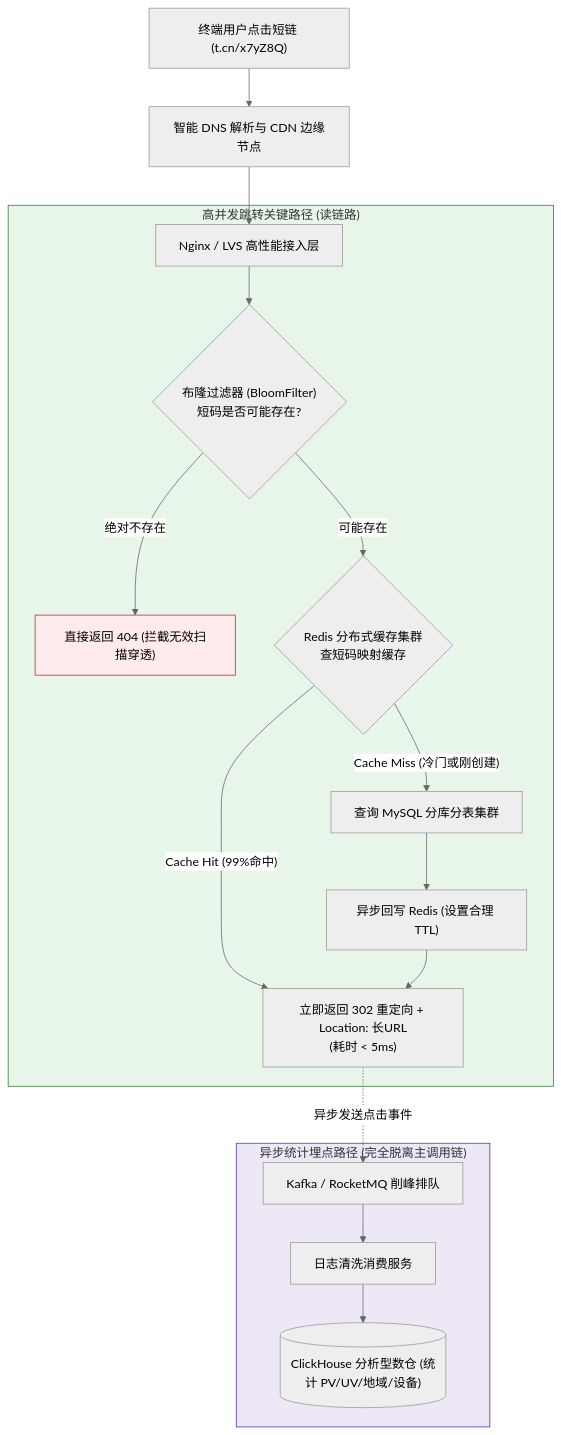
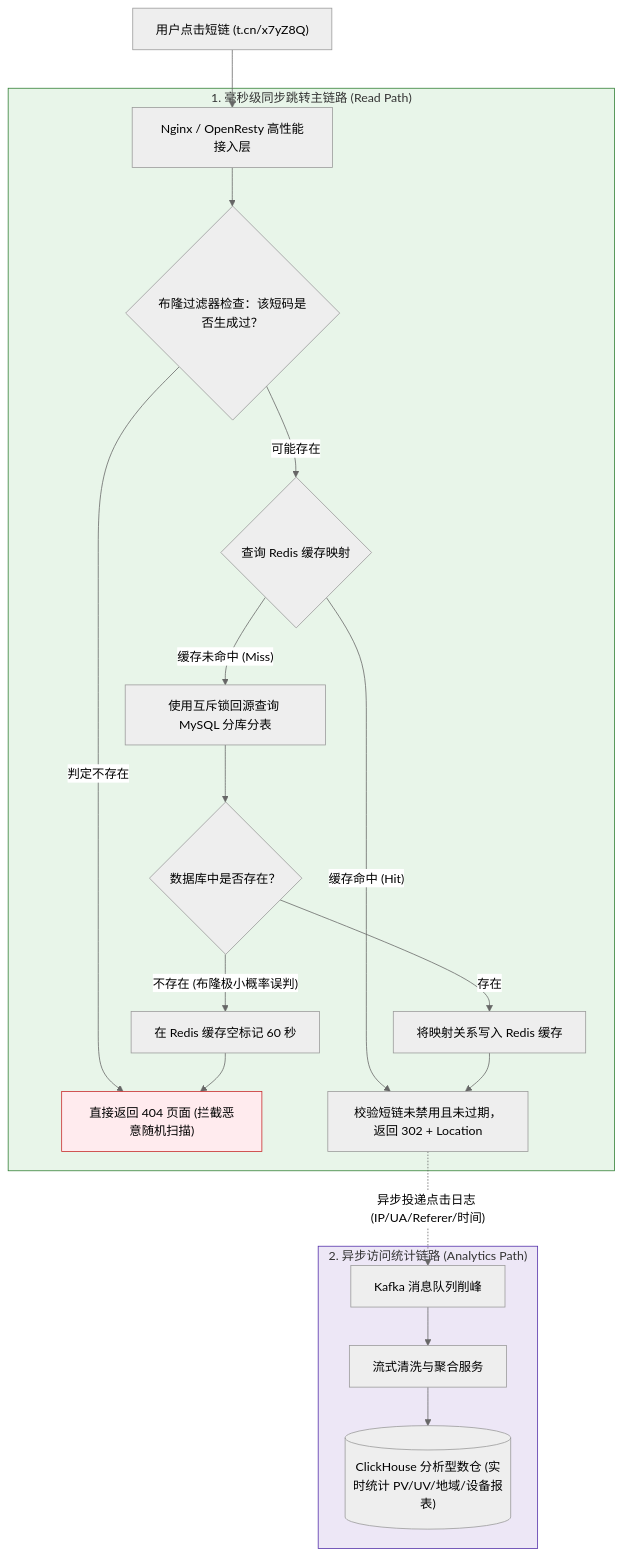
One commit to GuoWWWX/knowledge-base changed the third of 3 diagrams in 20-Java后端/08-系统设计/05-短链系统设计.md. Above: the diagram before and after it, drawn with Mermaid (neutral theme). The commit also changed other lines of this file and 251 other files, not shown here.

````diff
--- a/20-Java后端/08-系统设计/05-短链系统设计.md
+++ b/20-Java后端/08-系统设计/05-短链系统设计.md
@@ -160,25 +187,27 @@
 ```mermaid
 flowchart TD
-    User["终端用户点击短链 (t.cn/x7yZ8Q)"] --> DNS["智能 DNS 解析与 CDN 边缘节点"]
-    DNS --> Nginx["Nginx / LVS 高性能接入层"]
-    
-    subgraph ReadPath["高并发跳转关键路径 (读链路)"]
-        Nginx --> Filter{"布隆过滤器 (BloomFilter)<br/>短码是否可能存在?"}
-        Filter -->|绝对不存在| Return404["直接返回 404 (拦截无效扫描穿透)"]
-        Filter -->|可能存在| RedisCache{"Redis 分布式缓存集群<br/>查短码映射缓存"}
-        RedisCache -->|"Cache Hit (99%命中)"| Found302["立即返回 302 重定向 + Location: 长URL<br/>(耗时 < 5ms)"]
-        RedisCache -->|"Cache Miss (冷门或刚创建)"| DB["查询 MySQL 分库分表集群"]
-        DB --> WriteBack["异步回写 Redis (设置合理 TTL)"]
-        WriteBack --> Found302
+    User["用户点击短链 (t.cn/x7yZ8Q)"] --> Nginx["Nginx / OpenResty 高性能接入层"]
+
+    subgraph ReadPath["1. 毫秒级同步跳转主链路 (Read Path)"]
+        Nginx --> Bloom{"布隆过滤器检查：该短码是否生成过？"}
+        Bloom -->|"判定不存在"| Return404["直接返回 404 页面 (拦截恶意随机扫描)"]
+        Bloom -->|"可能存在"| RedisCache{"查询 Redis 缓存映射"}
+        RedisCache -->|"缓存命中 (Hit)"| CheckStatus["校验短链未禁用且未过期，返回 302 + Location"]
+        RedisCache -->|"缓存未命中 (Miss)"| DB["使用互斥锁回源查询 MySQL 分库分表"]
+        DB --> Exists{"数据库中是否存在？"}
+        Exists -->|"不存在 (布隆极小概率误判)"| WriteEmpty["在 Redis 缓存空标记 60 秒"]
+        WriteEmpty --> Return404
+        Exists -->|"存在"| WriteCache["将映射关系写入 Redis 缓存"]
+        WriteCache --> CheckStatus
     end
 
-    subgraph AsyncPath["异步统计埋点路径 (完全脱离主调用链)"]
-        Found302 -.异步发送点击事件.-> MQ["Kafka / RocketMQ 削峰排队"]
-        MQ --> Consumer["日志清洗消费服务"]
-        Consumer --> ClickHouse[("ClickHouse 分析型数仓 (统计 PV/UV/地域/设备)")]
+    subgraph AsyncPath["2. 异步访问统计链路 (Analytics Path)"]
+        CheckStatus -.->|"异步投递点击日志 (IP/UA/Referer/时间)"| MQ["Kafka 消息队列削峰"]
+        MQ --> Flink["流式清洗与聚合服务"]
+        Flink --> ClickHouse[("ClickHouse 分析型数仓 (实时统计 PV/UV/地域/设备报表)")]
     end
 
     style ReadPath fill:#e8f5e9,stroke:#2e7d32,stroke-width:1px
     style AsyncPath fill:#ede7f6,stroke:#512da8,stroke-width:1px
     style Return404 fill:#ffebee,stroke:#c62828,stroke-width:1px
 ```
````
